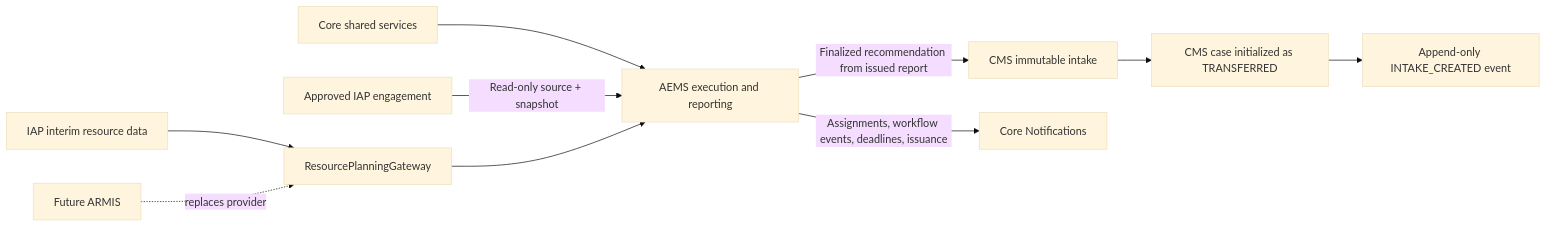
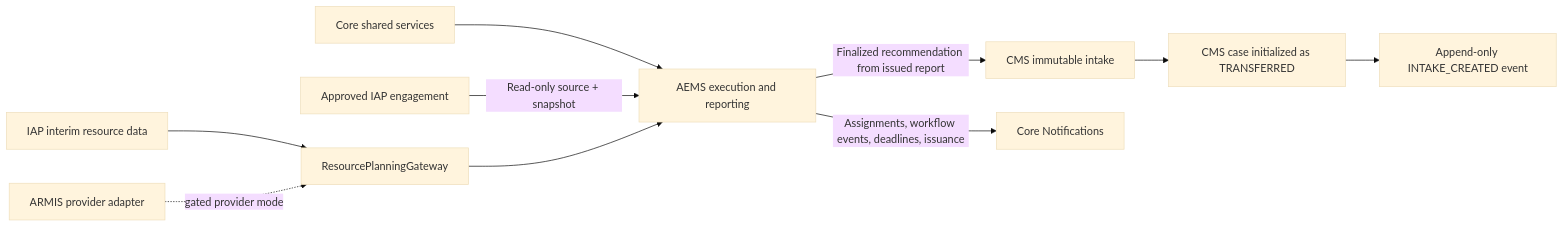
The tenth of 21 diagrams in docs/SYSTEM_FLOW.md (kgdacalosciascdo/agis-wireframe), drawn with Mermaid (base theme) before and after one commit. The commit also changed other lines of this file and 12 other files, not shown here.

````diff
--- a/docs/SYSTEM_FLOW.md
+++ b/docs/SYSTEM_FLOW.md
@@ -365,12 +370,12 @@
 ```mermaid
 flowchart LR
     CORE[Core shared services] --> AEMS[AEMS execution and reporting]
     IAP[Approved IAP engagement] -->|Read-only source + snapshot| AEMS
     AEMS -->|Finalized recommendation from issued report| CMSI[CMS immutable intake]
     CMSI --> CMSC[CMS case initialized as TRANSFERRED]
     CMSC --> CMSE[Append-only INTAKE_CREATED event]
     IAPRES[IAP interim resource data] --> RG[ResourcePlanningGateway]
-    ARMIS[Future ARMIS] -. replaces provider .-> RG
+    ARMIS[ARMIS provider adapter] -. gated provider mode .-> RG
     RG --> AEMS
     AEMS -->|Assignments, workflow events, deadlines, issuance| NOTIFY[Core Notifications]
 ```
````
